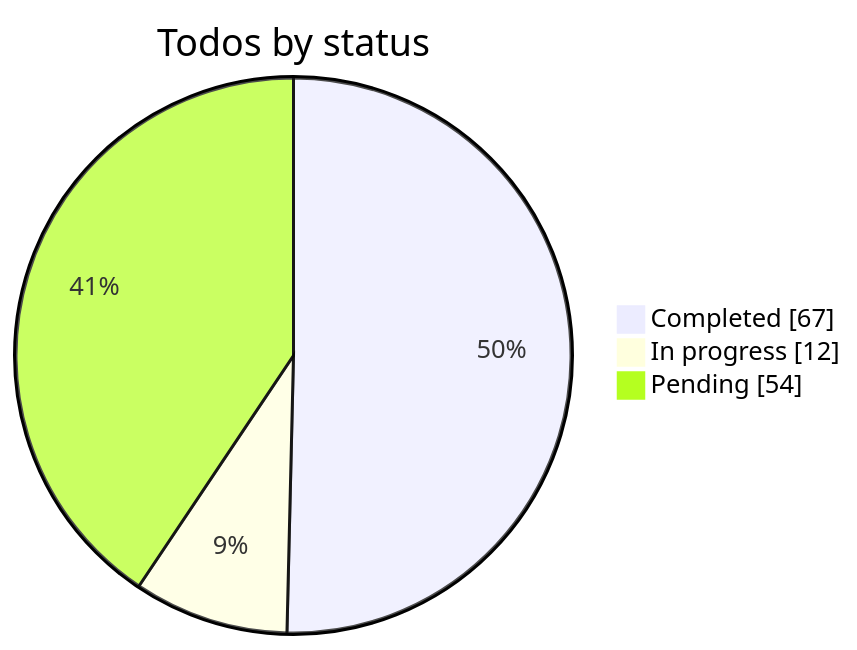
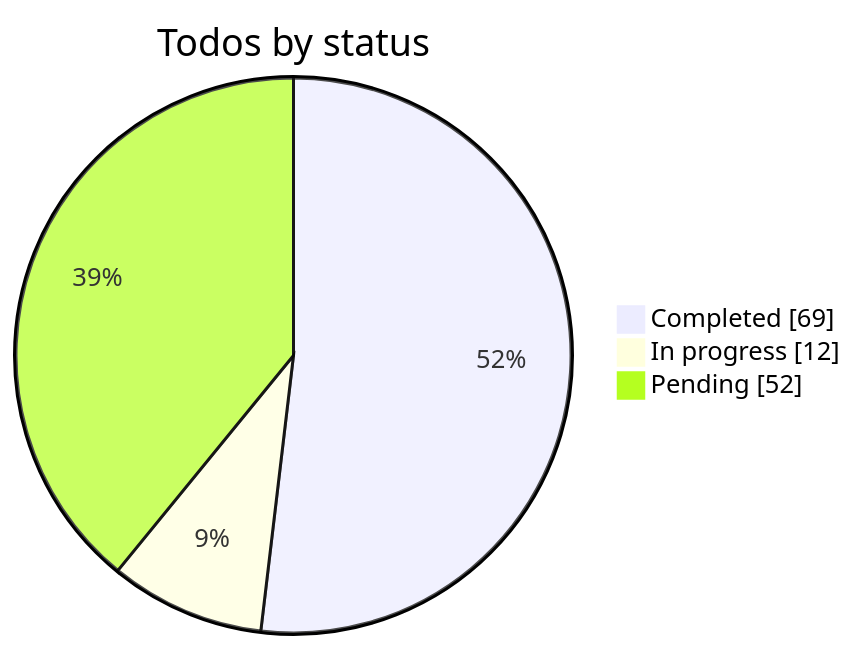
One commit to KantaPaul/next-cms changed the diagram in .cursor/plans/custom_builder_engine_refs.plan.md. Above: the diagram before and after it, drawn with Mermaid. The commit also changed other lines of this file and 8 other files, not shown here.

````diff
--- a/.cursor/plans/custom_builder_engine_refs.plan.md
+++ b/.cursor/plans/custom_builder_engine_refs.plan.md
@@ -427,6 +427,6 @@
 ```mermaid
 pie showData title Todos by status
-  "Completed" : 67
+  "Completed" : 69
   "In progress" : 12
-  "Pending" : 54
+  "Pending" : 52
 ```
````
